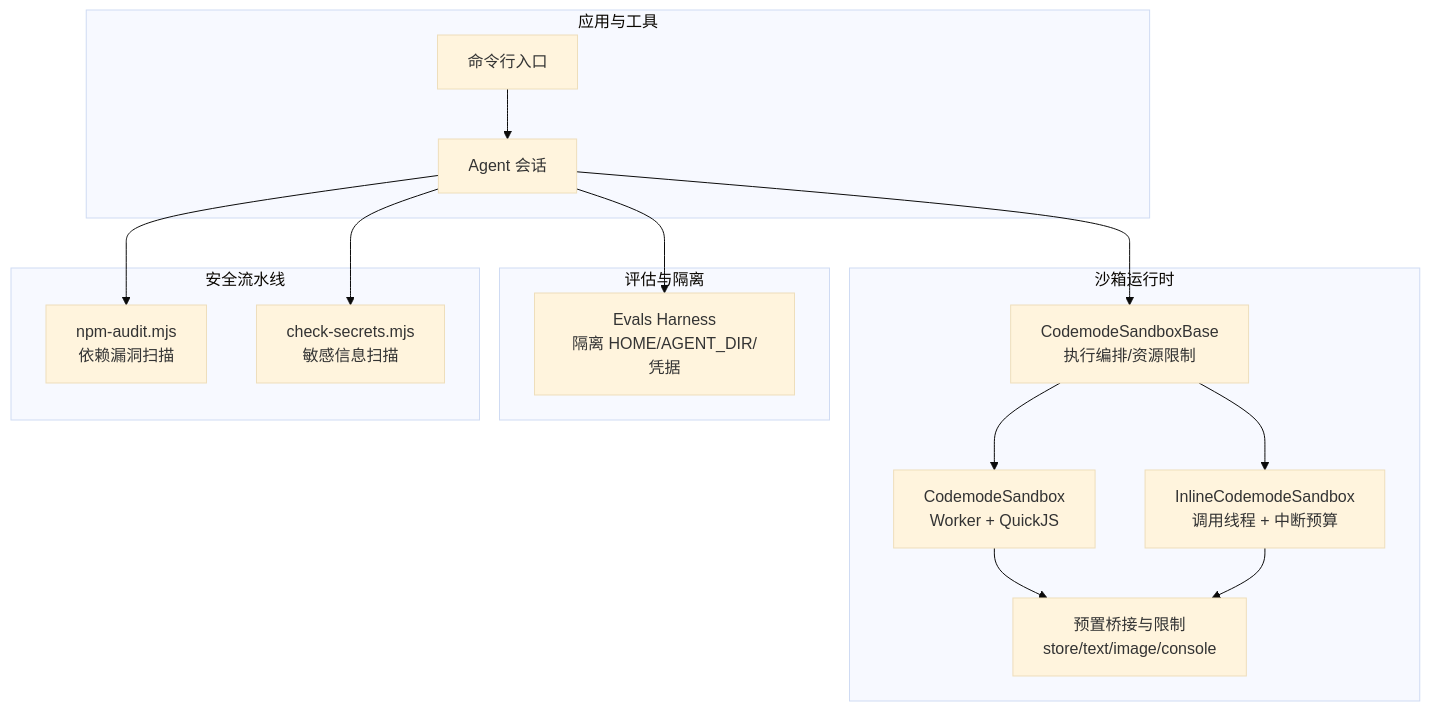
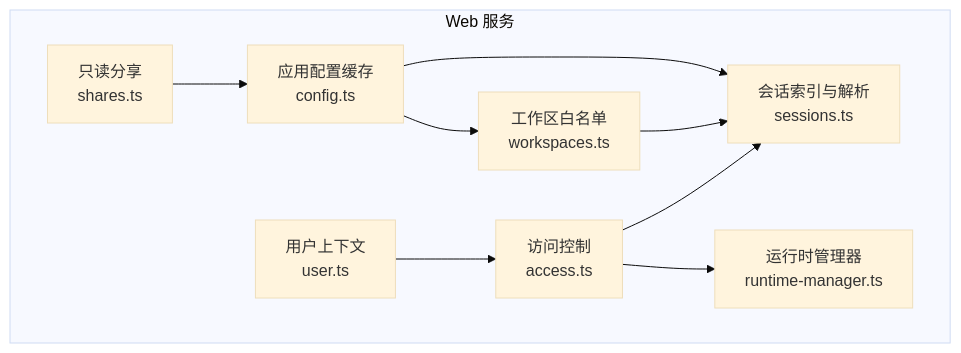
Before and after one commit to FDE-GROUP/oh-my-coding-agent: the first of 6 diagrams in .qoder/repowiki/zh/content/部署与运维/安全加固.md, drawn with Mermaid (base theme). The commit also changed other lines of this file and 410 other files, not shown here.

````diff
--- a/.qoder/repowiki/zh/content/部署与运维/安全加固.md
+++ b/.qoder/repowiki/zh/content/部署与运维/安全加固.md
@@ -41,29 +39,19 @@
 ```mermaid
 graph TB
-subgraph "应用与工具"
-CLI["命令行入口"]
-AGENT["Agent 会话"]
+subgraph "Web 服务"
+A["访问控制<br/>access.ts"]
+B["用户上下文<br/>user.ts"]
+C["应用配置缓存<br/>config.ts"]
+D["会话索引与解析<br/>sessions.ts"]
+E["只读分享<br/>shares.ts"]
+F["工作区白名单<br/>workspaces.ts"]
+G["运行时管理器<br/>runtime-manager.ts"]
 end
-subgraph "沙箱运行时"
-BASE["CodemodeSandboxBase<br/>执行编排/资源限制"]
-WORKER["CodemodeSandbox<br/>Worker + QuickJS"]
-INLINE["InlineCodemodeSandbox<br/>调用线程 + 中断预算"]
-PRELUDE["预置桥接与限制<br/>store/text/image/console"]
-end
-subgraph "评估与隔离"
-EVAL_HARNESS["Evals Harness<br/>隔离 HOME/AGENT_DIR/凭据"]
-end
-subgraph "安全流水线"
-AUDIT["npm-audit.mjs<br/>依赖漏洞扫描"]
-SECRETS["check-secrets.mjs<br/>敏感信息扫描"]
-end
-CLI --> AGENT
-AGENT --> BASE
-BASE --> WORKER
-BASE --> INLINE
-WORKER --> PRELUDE
-INLINE --> PRELUDE
-AGENT --> EVAL_HARNESS
-AGENT --> AUDIT
-AGENT --> SECRETS
+B --> A
+C --> F
+C --> D
+F --> D
+A --> D
+A --> G
+E --> C
 ```
````
